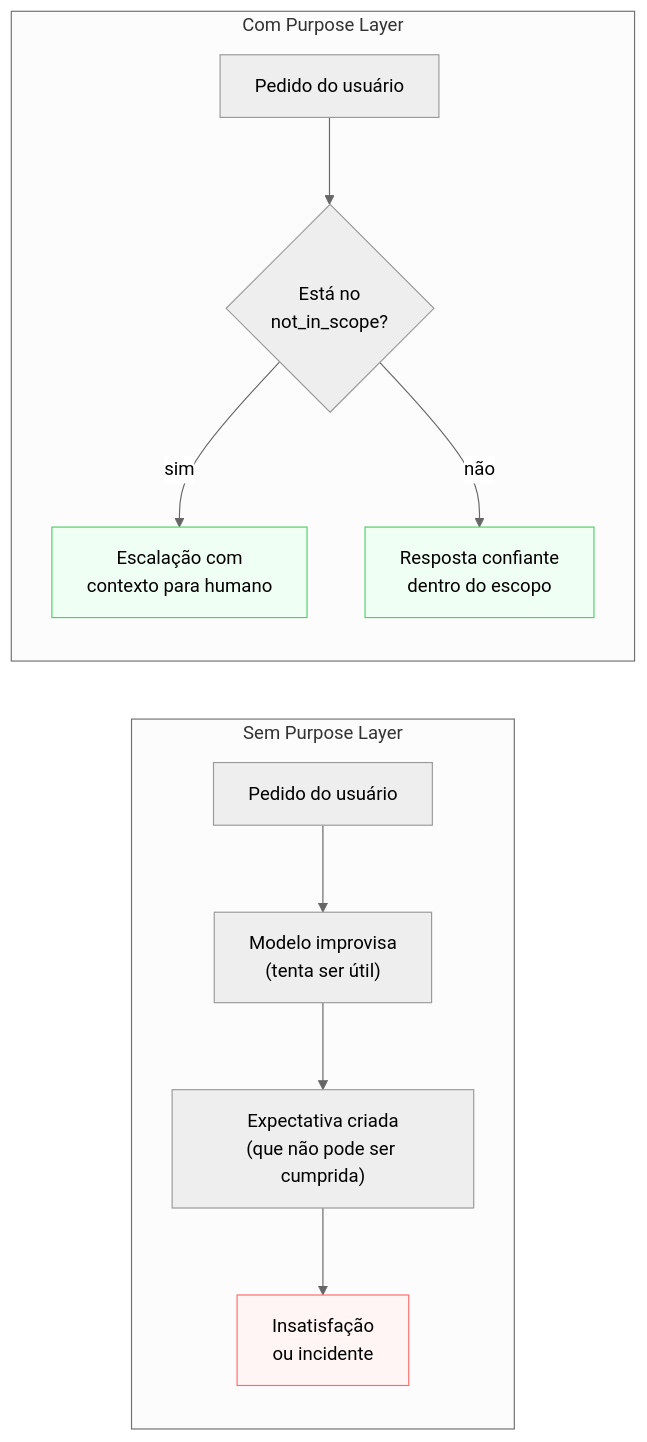
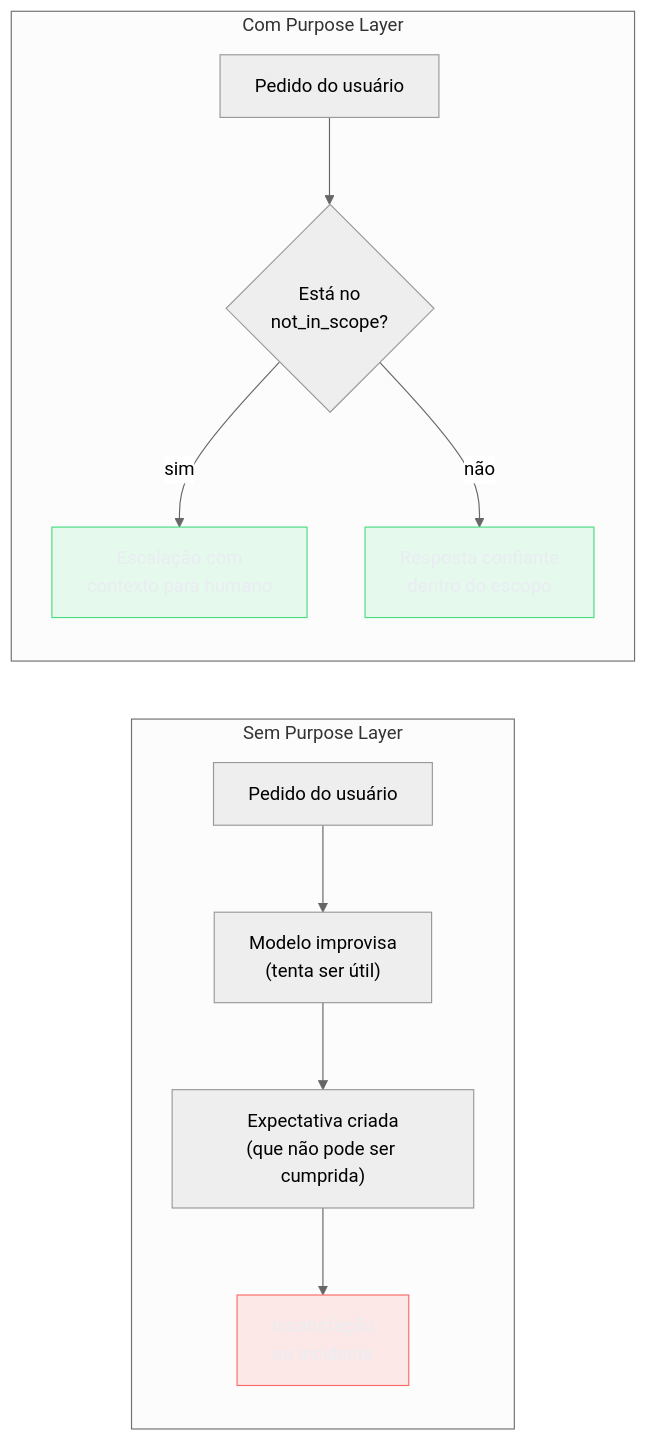
One commit to josenaldo/codex-technomanticus changed the diagram in 03-Dominios/Tecnologia/IA/AI Engineering Stack/02 - Purpose Layer — o que o sistema é.md. Above: the diagram before and after it, drawn with Mermaid (neutral theme). The commit also changed 1181 other files, not shown here.

First line of the commit message:
fix(diagramas): paleta do sistema no lugar de cor cravada no markdown

````diff
--- a/03-Dominios/Tecnologia/IA/AI Engineering Stack/02 - Purpose Layer — o que o sistema é.md
+++ b/03-Dominios/Tecnologia/IA/AI Engineering Stack/02 - Purpose Layer — o que o sistema é.md
@@ -34,25 +34,27 @@
 ```mermaid
 flowchart LR
+    classDef falha fill:#FF6B6B24,stroke:#FF6B6B,color:#E9ECF2
+    classDef ok fill:#4ADE8021,stroke:#4ADE80,color:#E9ECF2
     subgraph "Sem Purpose Layer"
         A1["Pedido do usuário"]
         A2["Modelo improvisa\n(tenta ser útil)"]
         A3["Expectativa criada\n(que não pode ser cumprida)"]
         A4["Insatisfação\nou incidente"]
     end
 
     subgraph "Com Purpose Layer"
         B1["Pedido do usuário"]
         B2{"Está no\nnot_in_scope?"}
         B3["Escalação com\ncontexto para humano"]
         B4["Resposta confiante\ndentro do escopo"]
     end
 
     A1 --> A2 --> A3 --> A4
     B1 --> B2
     B2 -- sim --> B3
     B2 -- não --> B4
 
-    style A4 fill:#fff5f5,stroke:#ff6b6b
-    style B3 fill:#f0fff4,stroke:#51cf66
-    style B4 fill:#f0fff4,stroke:#51cf66
+    class A4 falha
+    class B3 ok
+    class B4 ok
 ```
````
